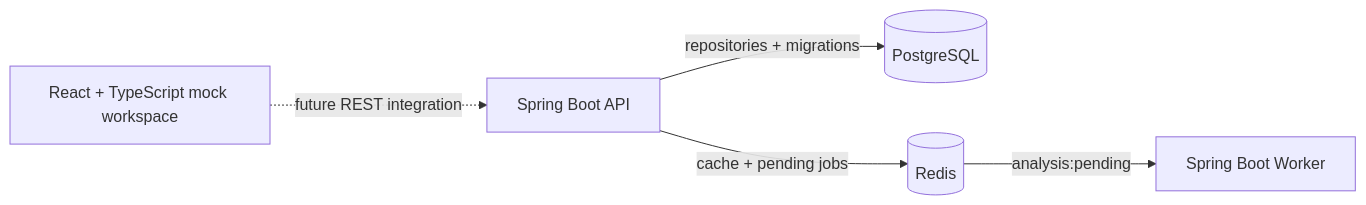
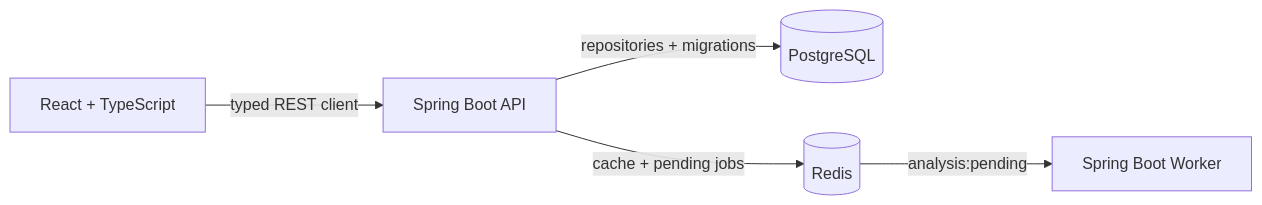
One commit to prushorth90/git_repo_intelligence_tool changed the diagram in README.md. Above: the diagram before and after it, drawn with Mermaid. The commit also changed other lines of this file and 30 other files, not shown here.

Commit message:
Connect the React frontend to the Spring Boot backend

````diff
--- a/README.md
+++ b/README.md
@@ -7,7 +7,7 @@
 ```mermaid
 flowchart LR
-    Browser[React + TypeScript mock workspace] -.->|future REST integration| API[Spring Boot API]
+    Browser[React + TypeScript] -->|typed REST client| API[Spring Boot API]
     API -->|repositories + migrations| PostgreSQL[(PostgreSQL)]
     API -->|cache + pending jobs| Redis[(Redis)]
     Redis -->|analysis:pending| Worker[Spring Boot Worker]
 ```
````
